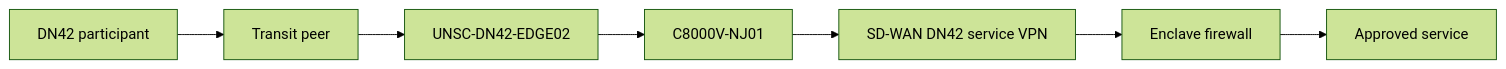
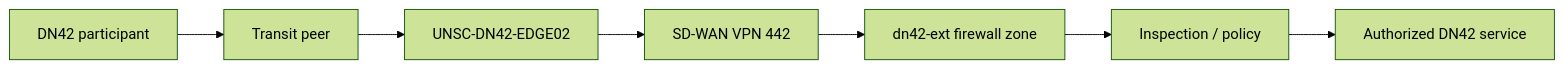
Before and after one commit to ksmoove21/unsc-dn42: the first of 3 diagrams in docs/data-flows.md, drawn with Mermaid (forest theme). The commit also changed other lines of this file, not shown here.

Commit message:
Synchronize DN42 data flows with VPN 442 and VPN 42

````diff
--- a/docs/data-flows.md
+++ b/docs/data-flows.md
@@ -15,9 +15,9 @@
 ```mermaid
 flowchart LR
   P["DN42 participant"] --> T["Transit peer"]
   T --> E["UNSC-DN42-EDGE02"]
-  E --> N["C8000V-NJ01"]
-  N --> S["SD-WAN DN42 service VPN"]
-  S --> F["Enclave firewall"]
-  F --> W["Approved service"]
+  E --> V["SD-WAN VPN 442"]
+  V --> Z["dn42-ext firewall zone"]
+  Z --> F["Inspection / policy"]
+  F --> W["Authorized DN42 service"]
 ```
````
